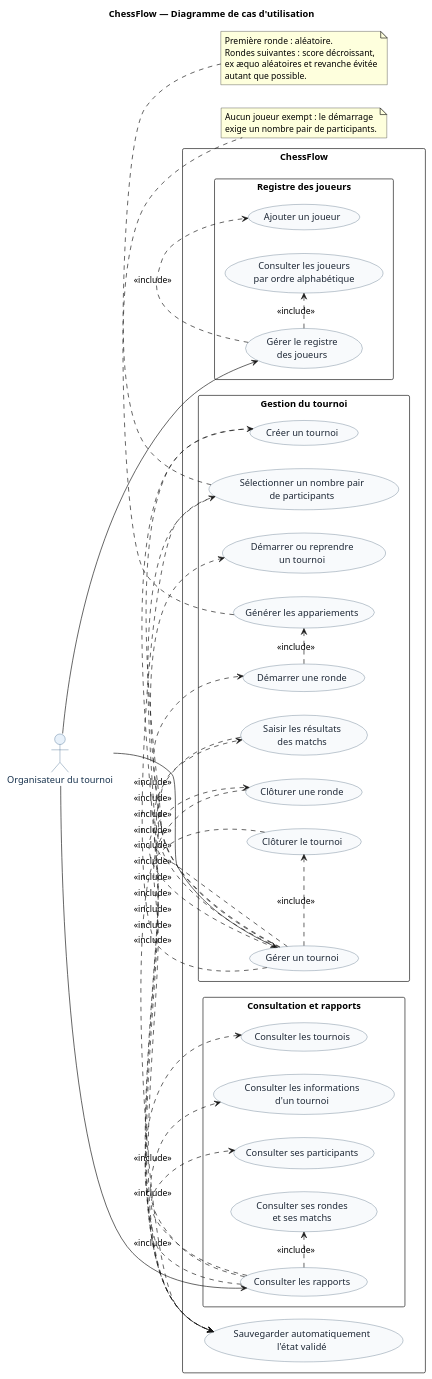
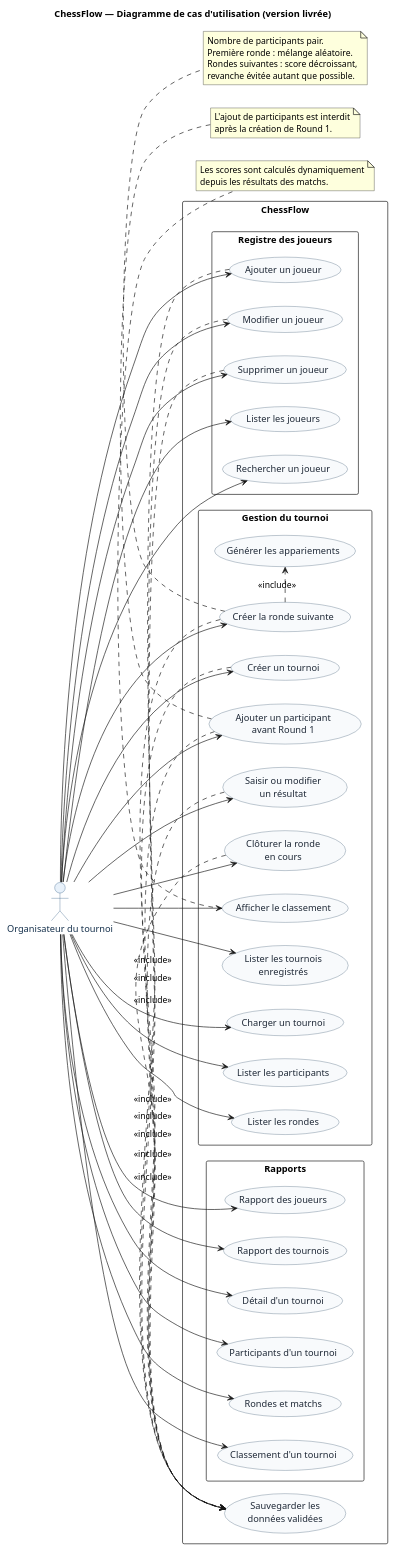
Before and after one commit to fabienhummel/OC-PY04-chessflow: the diagram in documentation/03-conception/diagrammes/sources/cas-utilisation-chessflow.puml, drawn with PlantUML. The commit also changed 10 other files, not shown here.

```diff
--- a/documentation/03-conception/diagrammes/sources/cas-utilisation-chessflow.puml
+++ b/documentation/03-conception/diagrammes/sources/cas-utilisation-chessflow.puml
@@ -1,88 +1,108 @@
 @startuml
-title ChessFlow — Diagramme de cas d'utilisation
+title ChessFlow — Diagramme de cas d'utilisation (version livrée)
 
 left to right direction
 skinparam backgroundColor #FFFFFF
 skinparam shadowing false
 skinparam packageStyle rectangle
 skinparam defaultFontName Arial
 skinparam actor {
   BackgroundColor #E8F1FA
   BorderColor #24527A
   FontColor #17324D
 }
 skinparam usecase {
   BackgroundColor #F8FAFC
   BorderColor #3D5A73
   FontColor #1F2937
 }
 
 actor "Organisateur du tournoi" as Organizer
 
 rectangle "ChessFlow" {
   package "Registre des joueurs" {
-    usecase "Gérer le registre\ndes joueurs" as UC_ManagePlayers
     usecase "Ajouter un joueur" as UC_AddPlayer
-    usecase "Consulter les joueurs\npar ordre alphabétique" as UC_ListPlayers
+    usecase "Lister les joueurs" as UC_ListPlayers
+    usecase "Rechercher un joueur" as UC_SearchPlayer
+    usecase "Modifier un joueur" as UC_EditPlayer
+    usecase "Supprimer un joueur" as UC_DeletePlayer
   }
 
   package "Gestion du tournoi" {
-    usecase "Gérer un tournoi" as UC_ManageTournament
     usecase "Créer un tournoi" as UC_CreateTournament
-    usecase "Sélectionner un nombre pair\nde participants" as UC_SelectPlayers
-    usecase "Démarrer ou reprendre\nun tournoi" as UC_StartResume
-    usecase "Démarrer une ronde" as UC_StartRound
+    usecase "Lister les tournois\nenregistrés" as UC_ListTournamentFiles
+    usecase "Charger un tournoi" as UC_LoadTournament
+    usecase "Lister les participants" as UC_ListTournamentPlayers
+    usecase "Ajouter un participant\navant Round 1" as UC_AddTournamentPlayer
+    usecase "Lister les rondes" as UC_ListRounds
+    usecase "Créer la ronde suivante" as UC_CreateRound
     usecase "Générer les appariements" as UC_Pairings
-    usecase "Saisir les résultats\ndes matchs" as UC_Results
-    usecase "Clôturer une ronde" as UC_CloseRound
-    usecase "Clôturer le tournoi" as UC_CloseTournament
+    usecase "Saisir ou modifier\nun résultat" as UC_Results
+    usecase "Clôturer la ronde\nen cours" as UC_CloseRound
+    usecase "Afficher le classement" as UC_Ranking
   }
 
-  package "Consultation et rapports" {
-    usecase "Consulter les rapports" as UC_Reports
-    usecase "Consulter les tournois" as UC_ListTournaments
-    usecase "Consulter les informations\nd'un tournoi" as UC_TournamentDetails
-    usecase "Consulter ses participants" as UC_TournamentPlayers
-    usecase "Consulter ses rondes\net ses matchs" as UC_RoundsMatches
+  package "Rapports" {
+    usecase "Rapport des joueurs" as UC_ReportPlayers
+    usecase "Rapport des tournois" as UC_ReportTournaments
+    usecase "Détail d'un tournoi" as UC_ReportDetails
+    usecase "Participants d'un tournoi" as UC_ReportTournamentPlayers
+    usecase "Rondes et matchs" as UC_ReportRounds
+    usecase "Classement d'un tournoi" as UC_ReportRanking
   }
 
-  usecase "Sauvegarder automatiquement\nl'état validé" as UC_Save
+  usecase "Sauvegarder les\ndonnées validées" as UC_Save
 }
 
-Organizer --> UC_ManagePlayers
-Organizer --> UC_ManageTournament
-Organizer --> UC_Reports
+Organizer --> UC_AddPlayer
+Organizer --> UC_ListPlayers
+Organizer --> UC_SearchPlayer
+Organizer --> UC_EditPlayer
+Organizer --> UC_DeletePlayer
 
-UC_ManagePlayers .> UC_AddPlayer : <<include>>
-UC_ManagePlayers .> UC_ListPlayers : <<include>>
-UC_ManageTournament .> UC_CreateTournament : <<include>>
-UC_ManageTournament .> UC_SelectPlayers : <<include>>
-UC_ManageTournament .> UC_StartResume : <<include>>
-UC_ManageTournament .> UC_StartRound : <<include>>
-UC_ManageTournament .> UC_Results : <<include>>
-UC_ManageTournament .> UC_CloseRound : <<include>>
-UC_ManageTournament .> UC_CloseTournament : <<include>>
-UC_Reports .> UC_ListTournaments : <<include>>
-UC_Reports .> UC_TournamentDetails : <<include>>
-UC_Reports .> UC_TournamentPlayers : <<include>>
-UC_Reports .> UC_RoundsMatches : <<include>>
+Organizer --> UC_CreateTournament
+Organizer --> UC_ListTournamentFiles
+Organizer --> UC_LoadTournament
+Organizer --> UC_ListTournamentPlayers
+Organizer --> UC_AddTournamentPlayer
+Organizer --> UC_ListRounds
+Organizer --> UC_CreateRound
+Organizer --> UC_Results
+Organizer --> UC_CloseRound
+Organizer --> UC_Ranking
 
-UC_StartRound .> UC_Pairings : <<include>>
+Organizer --> UC_ReportPlayers
+Organizer --> UC_ReportTournaments
+Organizer --> UC_ReportDetails
+Organizer --> UC_ReportTournamentPlayers
+Organizer --> UC_ReportRounds
+Organizer --> UC_ReportRanking
+
+UC_CreateRound .> UC_Pairings : <<include>>
+
+UC_AddPlayer .> UC_Save : <<include>>
+UC_EditPlayer .> UC_Save : <<include>>
+UC_DeletePlayer .> UC_Save : <<include>>
 UC_CreateTournament .> UC_Save : <<include>>
-UC_SelectPlayers .> UC_Save : <<include>>
+UC_AddTournamentPlayer .> UC_Save : <<include>>
+UC_CreateRound .> UC_Save : <<include>>
 UC_Results .> UC_Save : <<include>>
 UC_CloseRound .> UC_Save : <<include>>
-UC_CloseTournament .> UC_Save : <<include>>
 
-note bottom of UC_SelectPlayers
-  Aucun joueur exempt : le démarrage
-  exige un nombre pair de participants.
+note bottom of UC_AddTournamentPlayer
+  L'ajout de participants est interdit
+  après la création de Round 1.
 end note
 
-note bottom of UC_Pairings
-  Première ronde : aléatoire.
+note bottom of UC_CreateRound
+  Nombre de participants pair.
+  Première ronde : mélange aléatoire.
   Rondes suivantes : score décroissant,
-  ex æquo aléatoires et revanche évitée
-  autant que possible.
+  revanche évitée autant que possible.
+end note
+
+note bottom of UC_Ranking
+  Les scores sont calculés dynamiquement
+  depuis les résultats des matchs.
 end note
 @enduml
```
